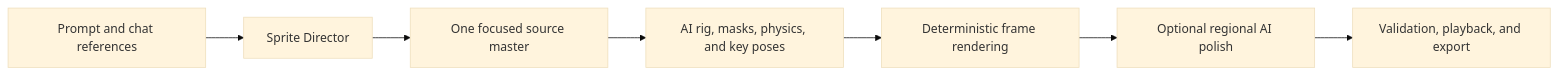
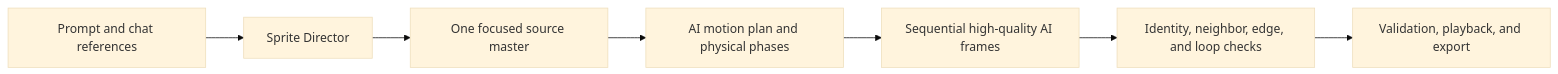
One commit to JohnKinyanjui/sprite-maker changed the diagram in README.md. Above: the diagram before and after it, drawn with Mermaid (base theme). The commit also changed other lines of this file and 65 other files, not shown here.

````diff
--- a/README.md
+++ b/README.md
@@ -132,9 +143,9 @@
 ```mermaid
 flowchart LR
     A["Prompt and chat references"] --> B["Sprite Director"]
     B --> C["One focused source master"]
-    C --> D["AI rig, masks, physics, and key poses"]
-    D --> E["Deterministic frame rendering"]
-    E --> F["Optional regional AI polish"]
+    C --> D["AI motion plan and physical phases"]
+    D --> E["Sequential high-quality AI frames"]
+    E --> F["Identity, neighbor, edge, and loop checks"]
     F --> G["Validation, playback, and export"]
 ```
````
